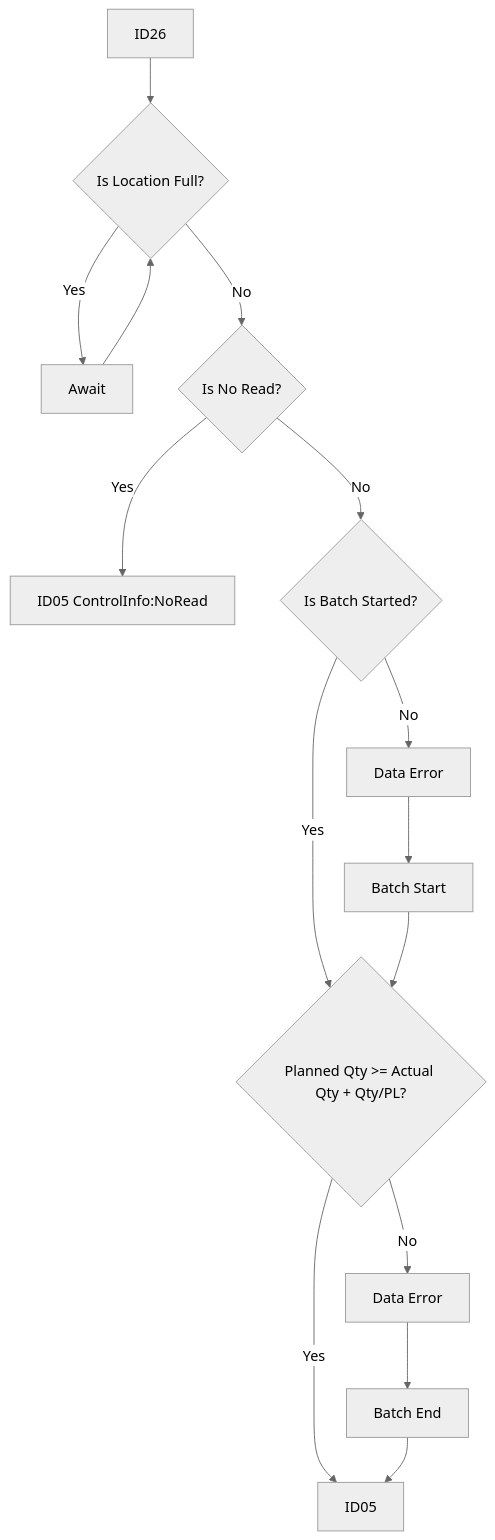
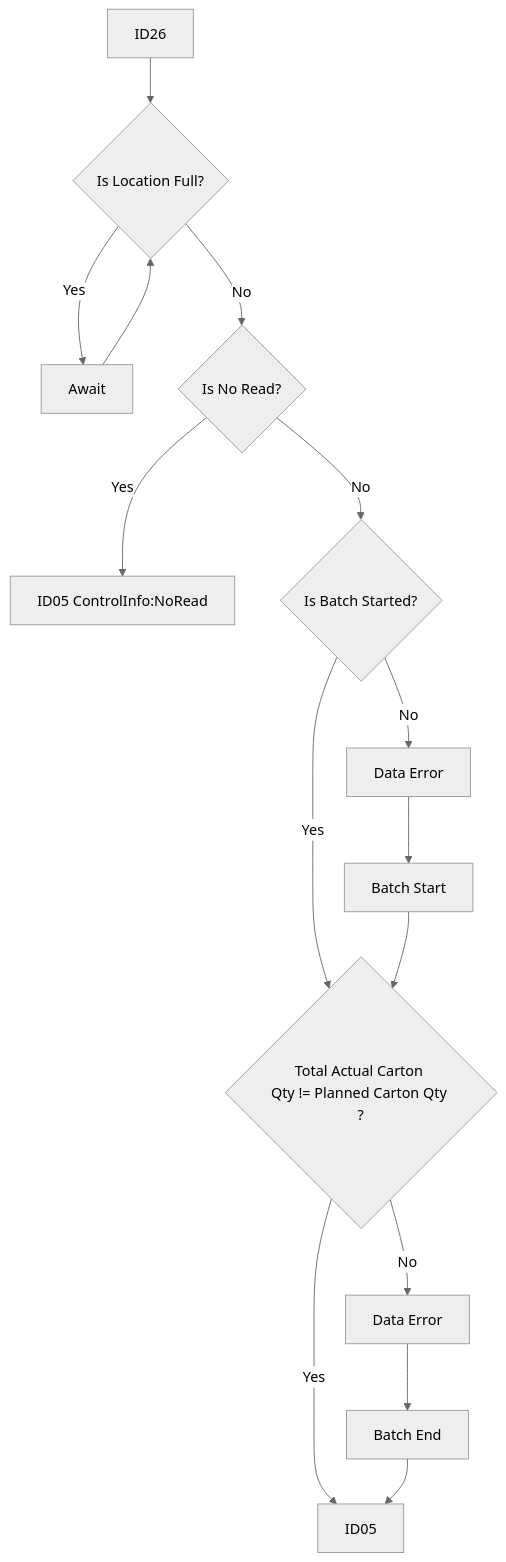
The second of 3 diagrams in Basic-Design/DFD-WMS/Storage/Palletizing-Settting/Batch-End.md (luthfiadityaa/SimeDarby-Wiki), drawn with Mermaid (neutral theme) before and after one commit.

Commit message:
Updated Batch End

```diff
--- a/Basic-Design/DFD-WMS/Storage/Palletizing-Settting/Batch-End.md
+++ b/Basic-Design/DFD-WMS/Storage/Palletizing-Settting/Batch-End.md
@@ -77,13 +77,13 @@
 ::: mermaid
 flowchart TD  
 ArrivalAt1101[ID26] --> Cond1{Is Location Full?}  
 Cond1 -->|Yes| Await[Await] --> Cond1  
 Cond1 -->|No| Cond2{Is No Read?}  
 Cond2 -->|Yes| Move1[ID05 ControlInfo:NoRead]  
 Cond2 -->|No| Cond3{Is Batch Started?}  
-Cond3 -->|Yes| Cond4{Planned Qty >= Actual Qty + Qty/PL?}  
+Cond3 -->|Yes| Cond4{Total Actual Carton Qty != Planned Carton Qty ?}  
 Cond3 -->|No| DataError1[Data Error]  
 DataError1[Data Error] --> BatchStart[Batch Start] --> Cond4  
 Cond4 -->|Yes| Move2[ID05]  
 Cond4 -->|No| DataError2[Data Error] --> BatchEnd[Batch End] --> Move2[ID05]
 :::
```
